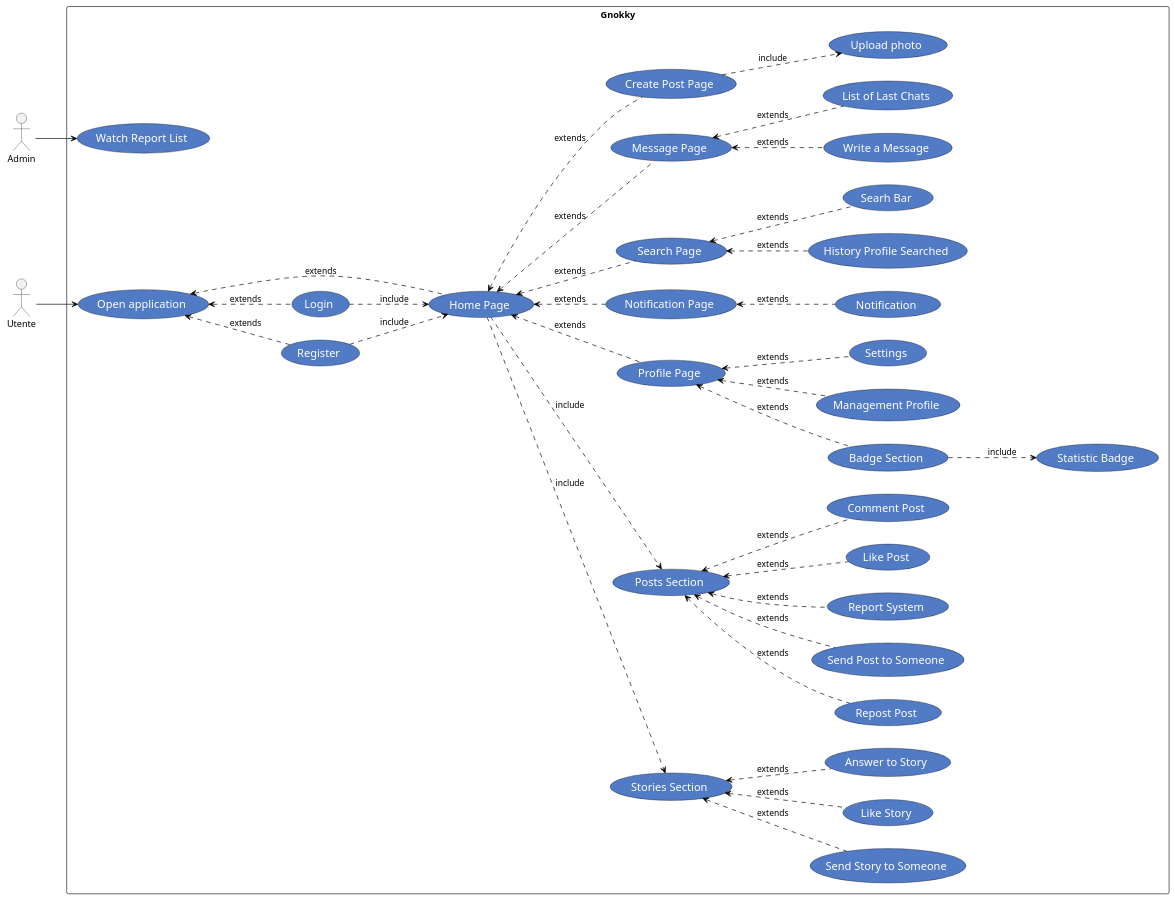
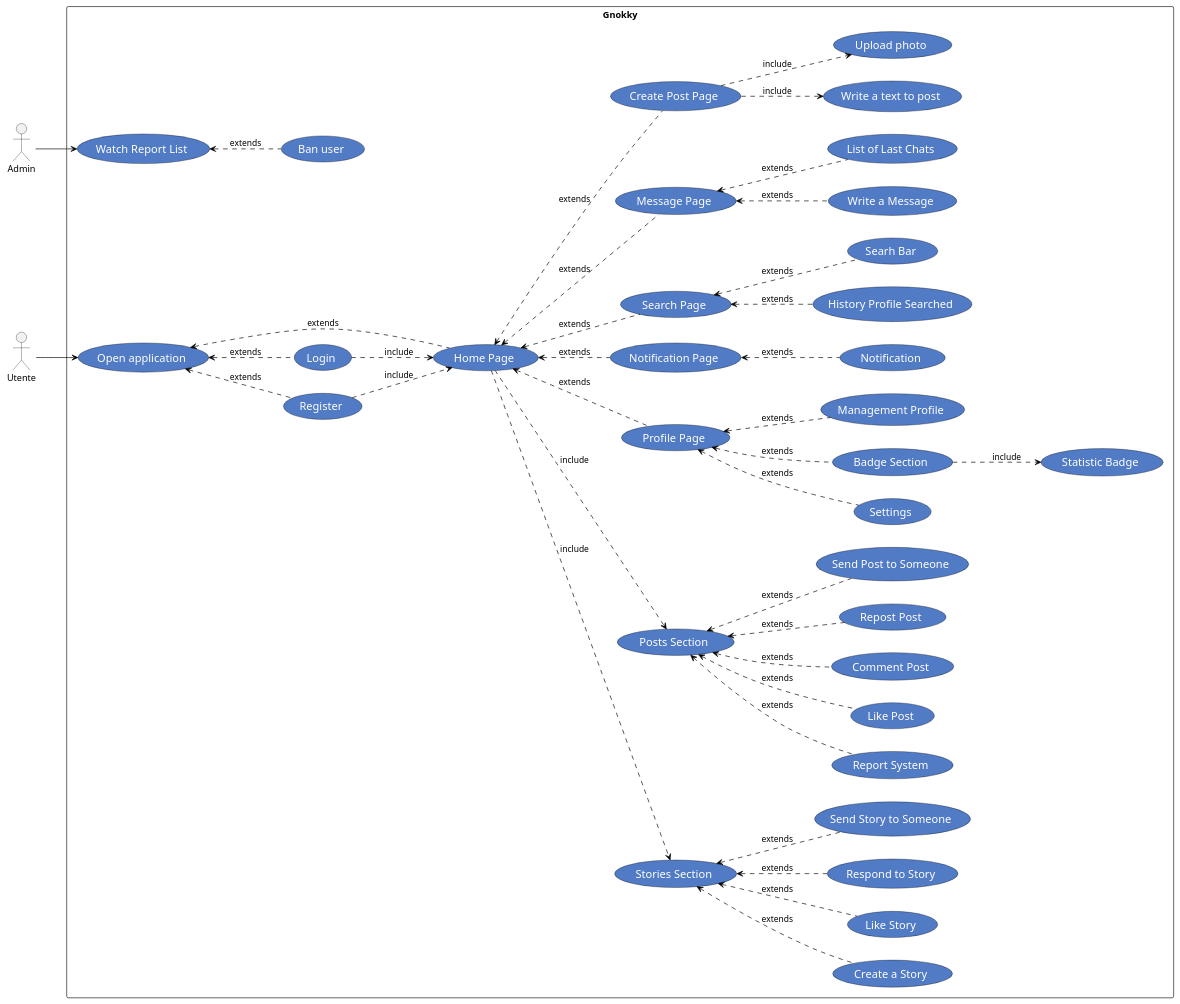
The diagram in OtherFiles/UseCase/usecase.puml (LorenzonLuca/Gnokky), drawn with PlantUML before and after one commit. The commit also changed 1 other file, not shown here.

```diff
--- a/OtherFiles/UseCase/usecase.puml
+++ b/OtherFiles/UseCase/usecase.puml
@@ -1,60 +1,64 @@
 @startuml gnokky
 skinparam usecase {
     FontColor          white
     AttributeFontColor white
     FontSize           17
     AttributeFontSize  15
     AttributeFontname  Droid Sans Mono
     BackgroundColor    #527BC6
     BorderColor        black
     ArrowColor         black
 }
 left to right direction
 :Admin:
 :Utente:
 rectangle Gnokky{
     Utente --> (Open application)
     Admin --> (Watch Report List)
+
+    (Watch Report List) <.. (Ban user) : extends
 
     (Open application) <.. (Register) : extends
     (Open application) <.. (Login) : extends
     (Open application) <.. (Home Page) : extends
     (Register) ..> (Home Page) : include
     (Login) ..> (Home Page) : include
 
     (Home Page) ..> (Stories Section) : include
     (Home Page) ..> (Posts Section) : include
     (Home Page) <.. (Profile Page) : extends
     (Home Page) <.. (Notification Page) : extends
     (Home Page) <.. (Search Page) : extends
     (Home Page) <.. (Message Page) : extends
     (Home Page) <.. (Create Post Page) : extends
 
     (Profile Page) <.. (Management Profile) : extends
     (Profile Page) <.. (Settings) : extends
     (Profile Page) <.. (Badge Section) : extends
 
     (Badge Section) ..> (Statistic Badge) : include
 
     (Notification Page) <.. (Notification) : extends
 
     (Search Page) <.. (Searh Bar) : extends
     (Search Page) <.. (History Profile Searched) : extends
 
     (Message Page) <.. (List of Last Chats) : extends
     (Message Page) <.. (Write a Message) : extends
 
     (Create Post Page) ..> (Upload photo) : include
+    (Create Post Page) ..> (Write a text to post) : include
 
     (Stories Section) <.. (Like Story) : extends
-    (Stories Section) <.. (Answer to Story) : extends
+    (Stories Section) <.. (Respond to Story) : extends
     (Stories Section) <.. (Send Story to Someone) : extends
+    (Stories Section) <.. (Create a Story) : extends
 
     (Posts Section) <.. (Like Post) : extends
     (Posts Section) <.. (Comment Post) : extends
     (Posts Section) <.. (Repost Post) : extends
     (Posts Section) <.. (Send Post to Someone) : extends
     (Posts Section) <.. (Report System) : extends 
 }
 
 @enduml
```
